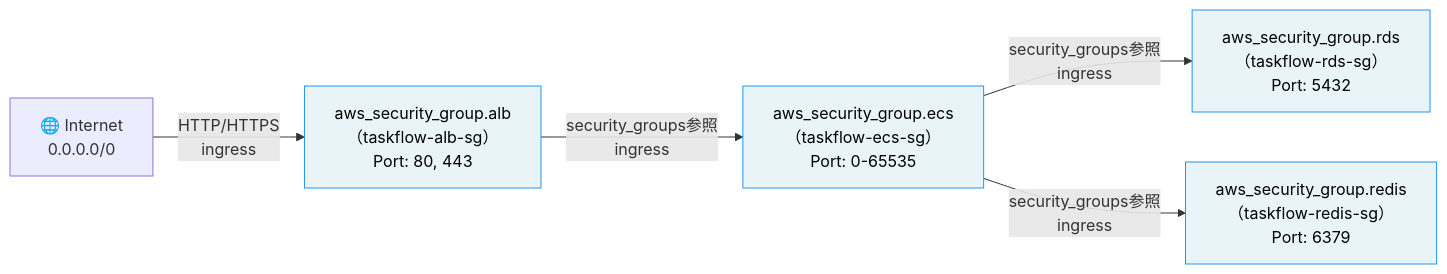
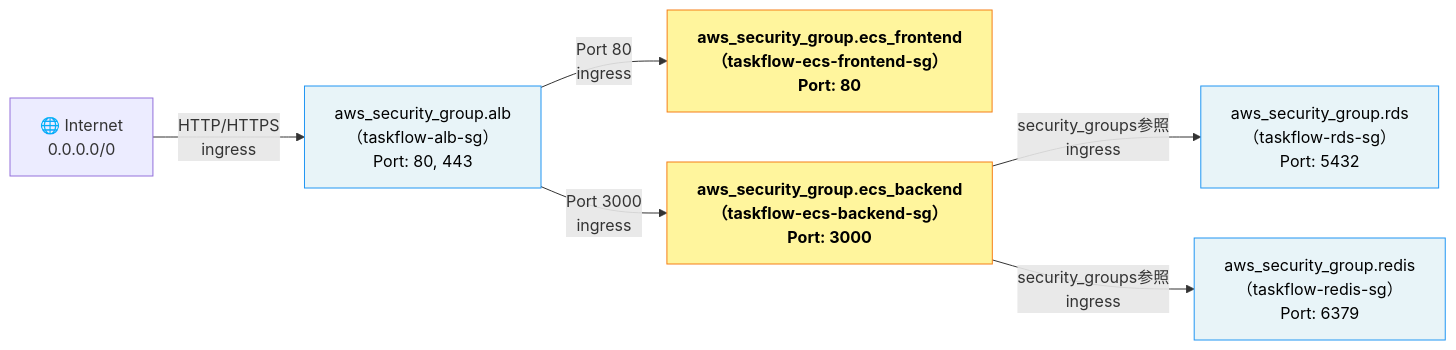
Before and after one commit to kiccho-hub/taskflow-aws: the second of 2 diagrams in tasks/iac/02_security_groups.md, drawn with Mermaid. The commit also changed other lines of this file and 2 other files, not shown here.

First line of the commit message:
fix(security): FE/Backend SG分離でセキュリティ強化

````diff
--- a/tasks/iac/02_security_groups.md
+++ b/tasks/iac/02_security_groups.md
@@ -59,16 +59,20 @@
 ```mermaid
 graph LR
     Internet["🌐 Internet\n0.0.0.0/0"]
     SG_ALB["aws_security_group.alb\n（taskflow-alb-sg）\nPort: 80, 443"]
-    SG_ECS["aws_security_group.ecs\n（taskflow-ecs-sg）\nPort: 0-65535"]
+    SG_FE["aws_security_group.ecs_frontend\n（taskflow-ecs-frontend-sg）\nPort: 80"]
+    SG_BE["aws_security_group.ecs_backend\n（taskflow-ecs-backend-sg）\nPort: 3000"]
     SG_RDS["aws_security_group.rds\n（taskflow-rds-sg）\nPort: 5432"]
     SG_Redis["aws_security_group.redis\n（taskflow-redis-sg）\nPort: 6379"]
 
     Internet -->|"HTTP/HTTPS\ningress"| SG_ALB
-    SG_ALB -->|"security_groups参照\ningress"| SG_ECS
-    SG_ECS -->|"security_groups参照\ningress"| SG_RDS
-    SG_ECS -->|"security_groups参照\ningress"| SG_Redis
+    SG_ALB -->|"Port 80\ningress"| SG_FE
+    SG_ALB -->|"Port 3000\ningress"| SG_BE
+    SG_BE -->|"security_groups参照\ningress"| SG_RDS
+    SG_BE -->|"security_groups参照\ningress"| SG_Redis
 
     classDef sgbox fill:#e8f4f8,stroke:#2196F3,color:#000
-    class SG_ALB,SG_ECS,SG_RDS,SG_Redis sgbox
+    classDef highlight fill:#fff59d,stroke:#f57f17,color:#000,font-weight:bold
+    class SG_ALB,SG_FE,SG_BE,SG_RDS,SG_Redis sgbox
+    class SG_FE,SG_BE highlight
 ```
````
